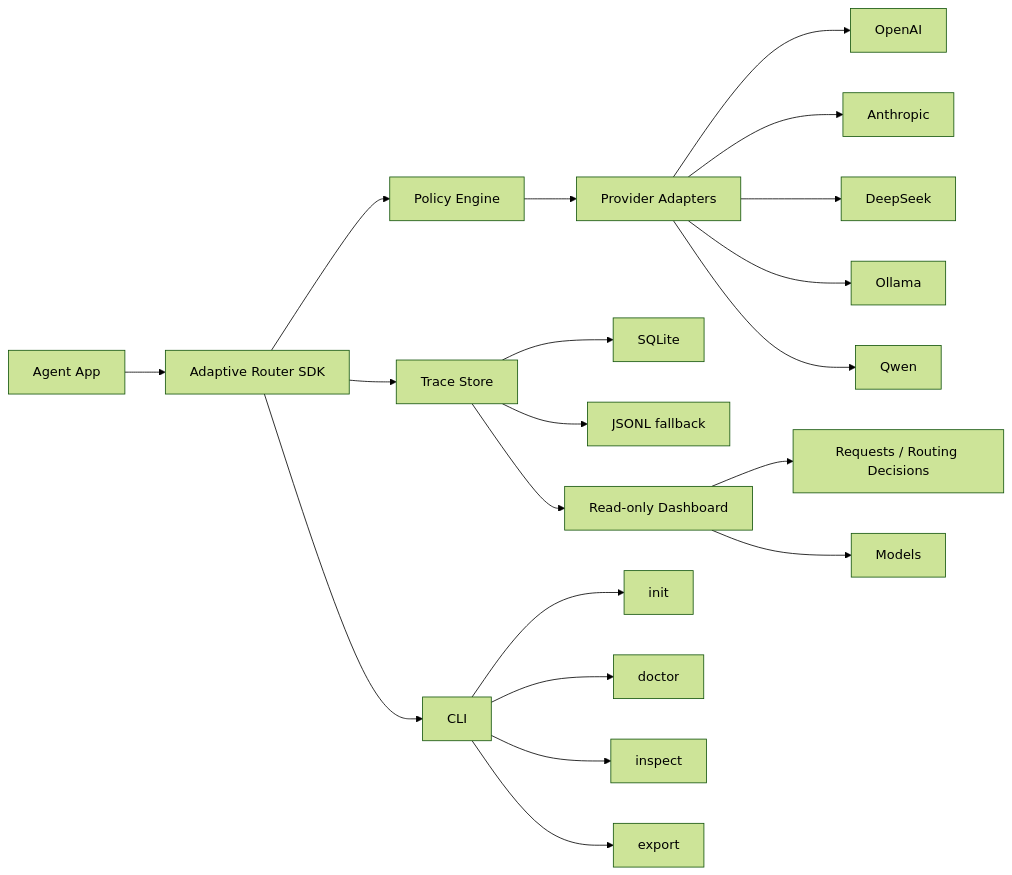
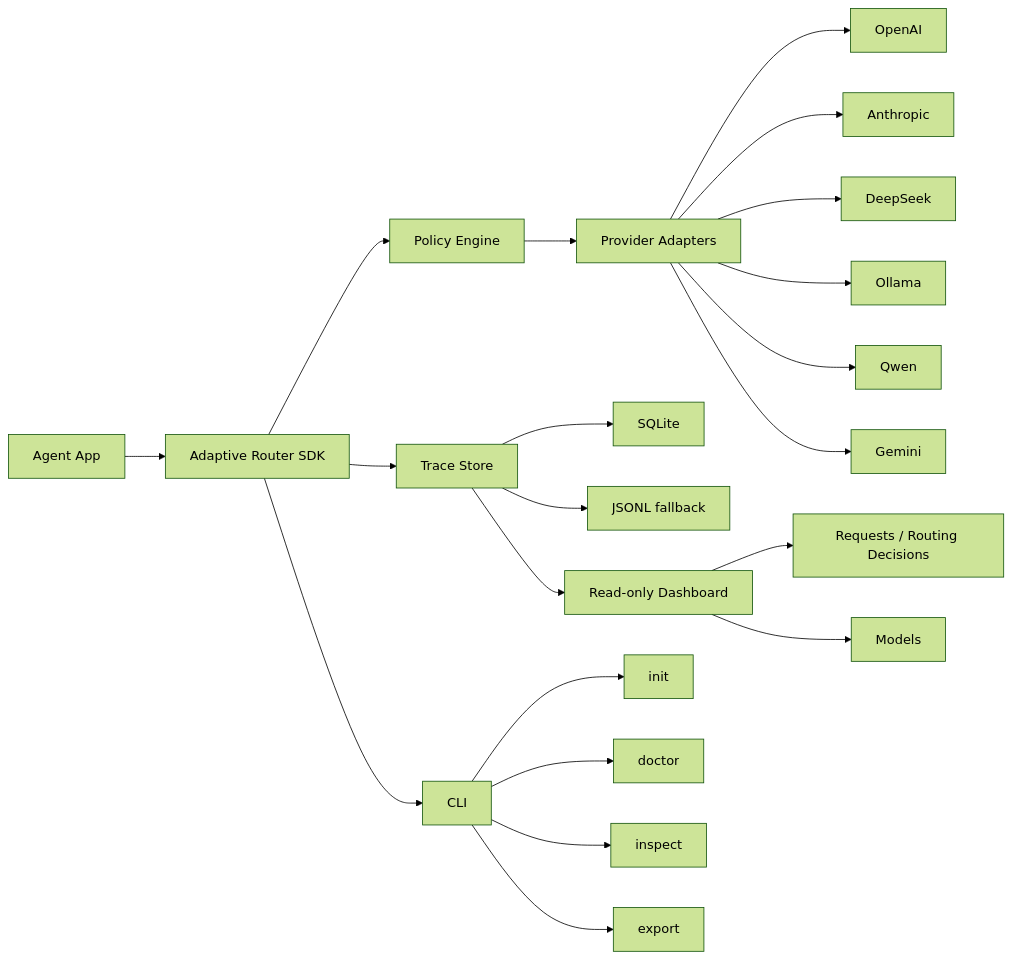
The diagram in README.md (guangyang1206/adaptive-model-router), drawn with Mermaid (forest theme) before and after one commit. The commit also changed other lines of this file and 2 other files, not shown here.

First line of the commit message:
feat(sdk): add Gemini provider adapter (#2)

````diff
--- a/README.md
+++ b/README.md
@@ -105,22 +107,23 @@
 ```mermaid
 flowchart LR
   A[Agent App] --> B[Adaptive Router SDK]
   B --> C[Policy Engine]
   C --> D[Provider Adapters]
   D --> D1[OpenAI]
   D --> D2[Anthropic]
   D --> D3[DeepSeek]
   D --> D4[Ollama]
   D --> D5[Qwen]
+  D --> D6[Gemini]
   B --> E[Trace Store]
   E --> E1[SQLite]
   E --> E2[JSONL fallback]
   E --> F[Read-only Dashboard]
   F --> F1[Requests / Routing Decisions]
   F --> F2[Models]
   B --> G[CLI]
   G --> G1[init]
   G --> G2[doctor]
   G --> G3[inspect]
   G --> G4[export]
 ```
````
